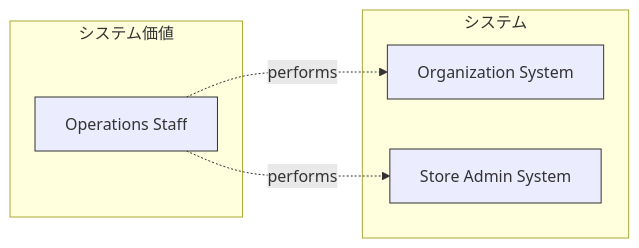
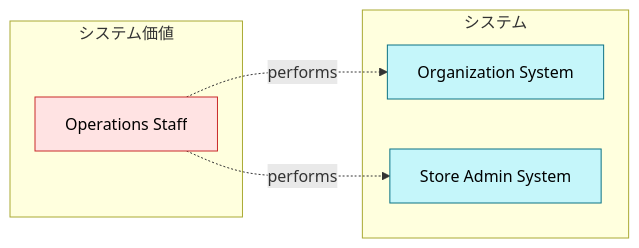
Before and after one commit to manji-0/rdra-ish-dsl: the first of 11 diagrams in docs/diagram-sample-review.md, drawn with Mermaid. The commit also changed other lines of this file and 76 other files, not shown here.

First line of the commit message:
feat(cli): colour each RDRA element family in the flowchart diagrams

````diff
--- a/docs/diagram-sample-review.md
+++ b/docs/diagram-sample-review.md
@@ -62,20 +62,20 @@
 ```mermaid
 %% rdra-ish diagram=context scope=whole model=samples/incremental-order/step-6-business-rules/src
 %% layers: value=システム価値 system=システム
 %% kinds: actor system
 %% omitted: buc permission
 flowchart LR
   subgraph layer_value["システム価値"]
     actor__OpsStaff["Operations Staff"]:::actor
   end
   subgraph layer_system["システム"]
     system__OrganizationSystem["Organization System"]:::system
     system__StoreAdminSystem["Store Admin System"]:::system
   end
   actor__OpsStaff -.->|performs| system__OrganizationSystem
   %% derived actor__OpsStaff -> system__OrganizationSystem via buc__BucStoreRestock
   actor__OpsStaff -.->|performs| system__StoreAdminSystem
   %% derived actor__OpsStaff -> system__StoreAdminSystem via buc__BucStoreRestock
-  classDef actor stroke:#333;
-  classDef system stroke:#333;
+  classDef actor fill:#ffe3e3,stroke:#c92a2a,color:#000;
+  classDef system fill:#c5f6fa,stroke:#0b7285,color:#000;
 ```
````
